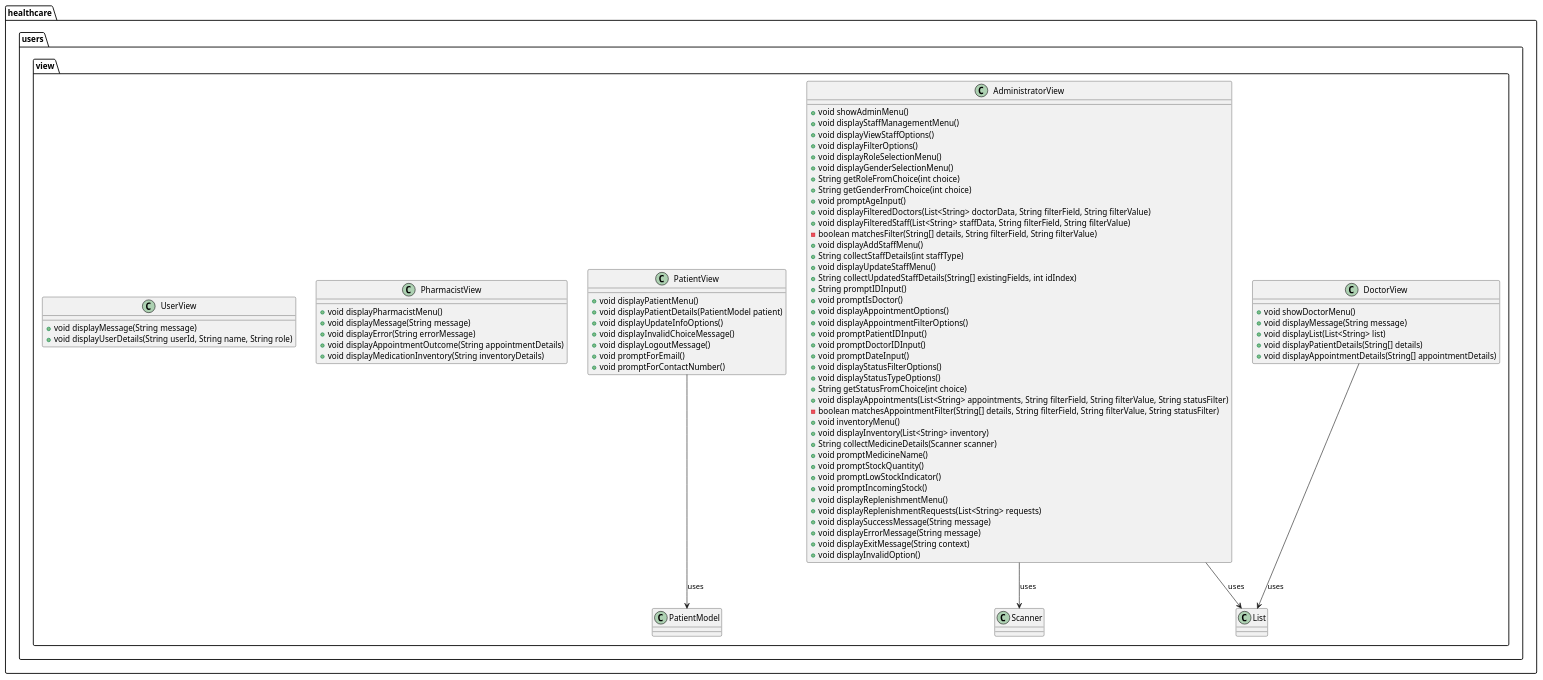
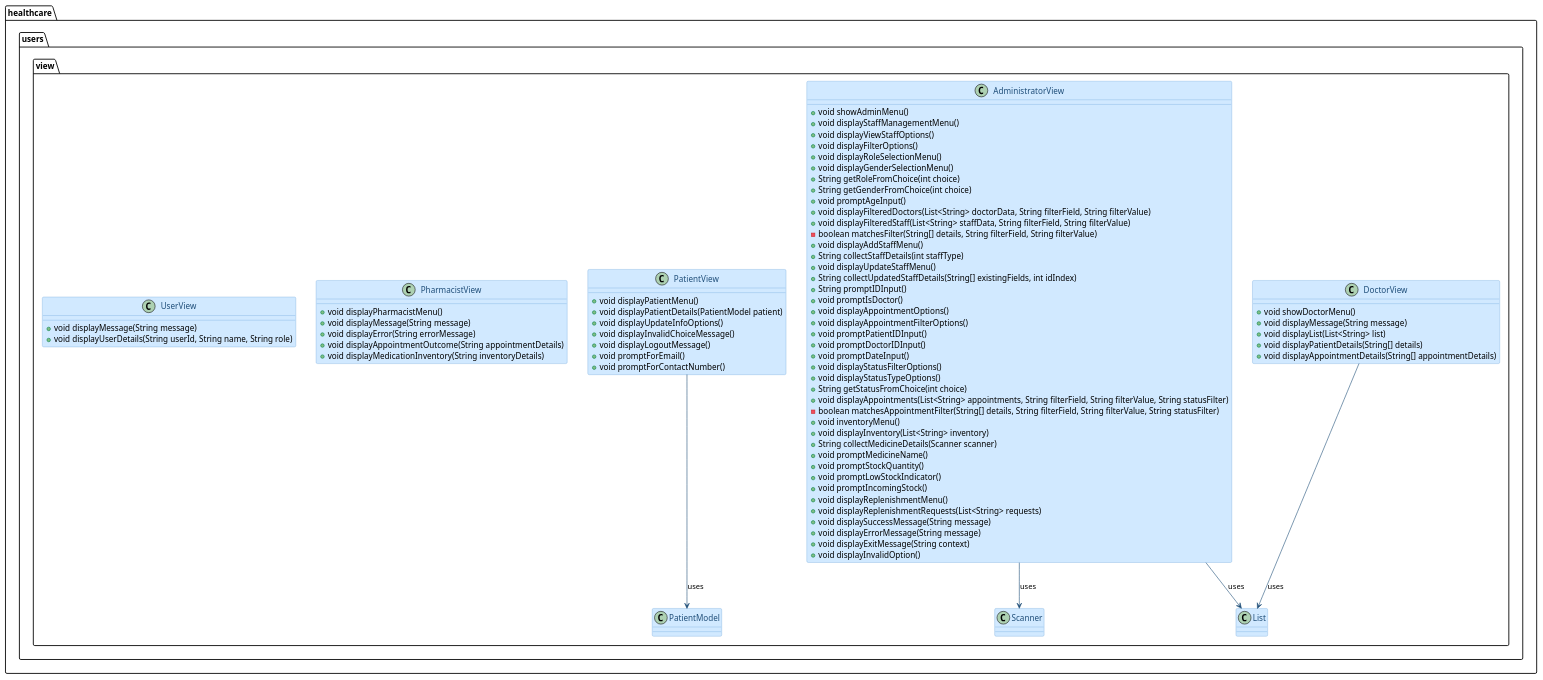
Before and after one commit to KuroInit/SC2002_Assignment: the diagram in out/UML/view_collated.puml, drawn with PlantUML. The commit also changed 23 other files, not shown here.

Commit message:
some warning handling and UML themeing

```diff
--- a/out/UML/view_collated.puml
+++ b/out/UML/view_collated.puml
@@ -1,85 +1,89 @@
-@startuml name
+@startuml view_collated
+skinparam classBackgroundColor #D1E9FF
+skinparam classBorderColor #5B9BD5
+skinparam classFontColor #1F4E79
+skinparam classArrowColor #1F4E79
 
 package healthcare.users.view {
 
     class AdministratorView {
         + void showAdminMenu()
         + void displayStaffManagementMenu()
         + void displayViewStaffOptions()
         + void displayFilterOptions()
         + void displayRoleSelectionMenu()
         + void displayGenderSelectionMenu()
         + String getRoleFromChoice(int choice)
         + String getGenderFromChoice(int choice)
         + void promptAgeInput()
         + void displayFilteredDoctors(List<String> doctorData, String filterField, String filterValue)
         + void displayFilteredStaff(List<String> staffData, String filterField, String filterValue)
         - boolean matchesFilter(String[] details, String filterField, String filterValue)
         + void displayAddStaffMenu()
         + String collectStaffDetails(int staffType)
         + void displayUpdateStaffMenu()
         + String collectUpdatedStaffDetails(String[] existingFields, int idIndex)
         + String promptIDInput()
         + void promptIsDoctor()
         + void displayAppointmentOptions()
         + void displayAppointmentFilterOptions()
         + void promptPatientIDInput()
         + void promptDoctorIDInput()
         + void promptDateInput()
         + void displayStatusFilterOptions()
         + void displayStatusTypeOptions()
         + String getStatusFromChoice(int choice)
         + void displayAppointments(List<String> appointments, String filterField, String filterValue, String statusFilter)
         - boolean matchesAppointmentFilter(String[] details, String filterField, String filterValue, String statusFilter)
         + void inventoryMenu()
         + void displayInventory(List<String> inventory)
         + String collectMedicineDetails(Scanner scanner)
         + void promptMedicineName()
         + void promptStockQuantity()
         + void promptLowStockIndicator()
         + void promptIncomingStock()
         + void displayReplenishmentMenu()
         + void displayReplenishmentRequests(List<String> requests)
         + void displaySuccessMessage(String message)
         + void displayErrorMessage(String message)
         + void displayExitMessage(String context)
         + void displayInvalidOption()
     }
 
     class DoctorView {
         + void showDoctorMenu()
         + void displayMessage(String message)
         + void displayList(List<String> list)
         + void displayPatientDetails(String[] details)
         + void displayAppointmentDetails(String[] appointmentDetails)
     }
 
     class PatientView {
         + void displayPatientMenu()
         + void displayPatientDetails(PatientModel patient)
         + void displayUpdateInfoOptions()
         + void displayInvalidChoiceMessage()
         + void displayLogoutMessage()
         + void promptForEmail()
         + void promptForContactNumber()
     }
 
     class PharmacistView {
         + void displayPharmacistMenu()
         + void displayMessage(String message)
         + void displayError(String errorMessage)
         + void displayAppointmentOutcome(String appointmentDetails)
         + void displayMedicationInventory(String inventoryDetails)
     }
 
     class UserView {
         + void displayMessage(String message)
         + void displayUserDetails(String userId, String name, String role)
     }
 
     AdministratorView --> Scanner : uses
     AdministratorView --> List : uses
     DoctorView --> List : uses
     PatientView --> PatientModel : uses
 }
 @enduml
```
